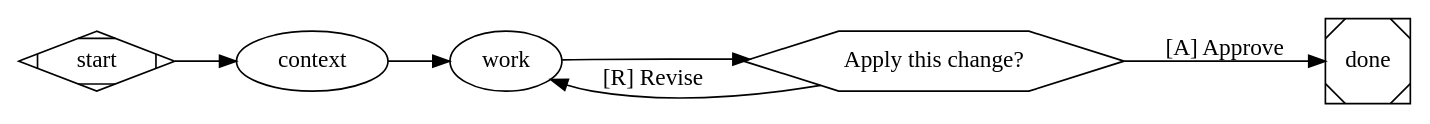
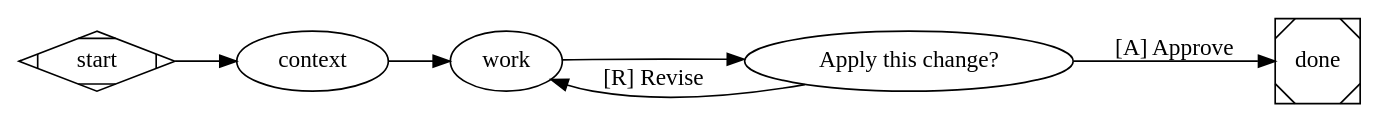
Before and after one commit to allouis/attractor: the diagram in examples/quickstart/pipeline.dot, drawn with Graphviz. The commit also changed 1 other file, not shown here.

Commit message:
docs(readme): stylesheet selectors, provider mixing, converge quickstart node types
- stylesheet section: show all four selector kinds (*, shape, .class, #id) so
  you can target a specific node, and add an llm_provider example that routes
  one node to Codex while the rest stay on Claude
- quickstart: declare each operational node's type explicitly (tool / codergen
  / wait.human) instead of mixing type, shape, and inference; terminals keep
  their conventional Mdiamond / Msquare shapes

```diff
--- a/examples/quickstart/pipeline.dot
+++ b/examples/quickstart/pipeline.dot
@@ -1,16 +1,19 @@
 // The smallest useful pipeline: a shell step, an agent, and a human gate.
 // Run it from inside a Git repository you want to change.
+//
+// Each node declares its `type` explicitly. The terminals use their
+// conventional shapes (Mdiamond = start, Msquare = exit).
 digraph quickstart {
     rankdir = "LR"   // Render left-to-right.
     vars = "task"    // Required. Pass it with -var task="…".
 
     start   [shape=Mdiamond]
     context [type="tool", tool_command="git status --short"]   // A shell command.
-    work    [prompt="You are working in the current Git repository. Task: $context.task. Make the change in the working tree, keep it small, and summarise it. Do not commit or push."]   // An agent.
-    review  [shape=hexagon, label="Apply this change?"]        // A human gate.
+    work    [type="codergen", prompt="You are working in the current Git repository. Task: $context.task. Make the change in the working tree, keep it small, and summarise it. Do not commit or push."]   // An agent.
+    review  [type="wait.human", label="Apply this change?"]    // A human gate.
     done    [shape=Msquare]
 
     start -> context -> work -> review
     review -> done [label="[A] Approve"]   // The edge labels become the gate buttons.
     review -> work [label="[R] Revise"]
 }
```
